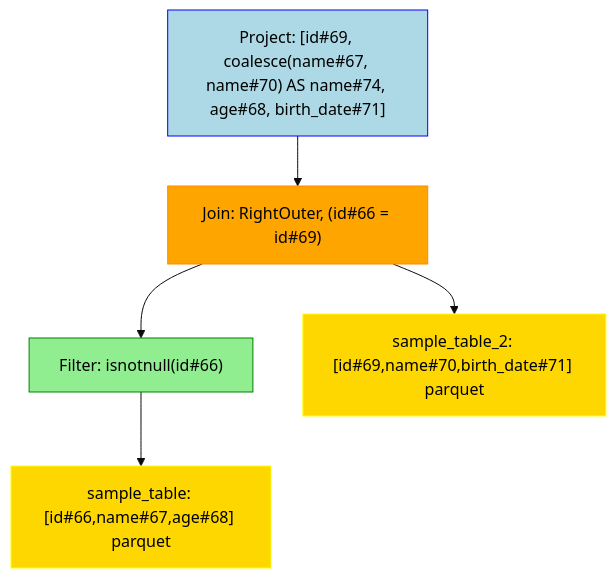
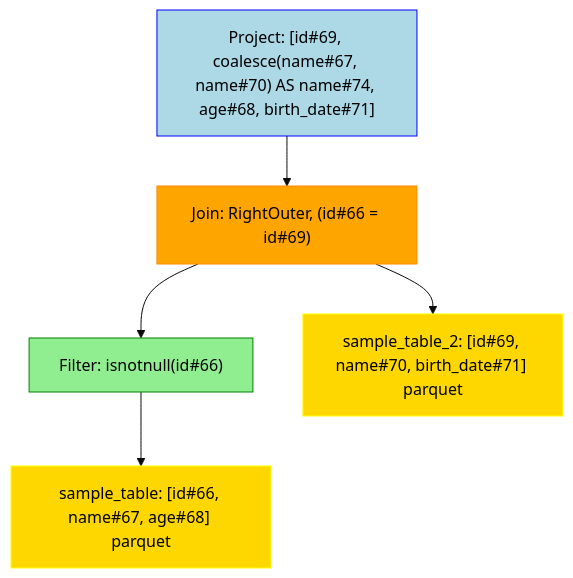
The diagram in data/visualization/join_right.mmd (NielkNetraam/explainalyzed), drawn with Mermaid (base theme) before and after one commit. The commit also changed 24 other files, not shown here.

```diff
--- a/data/visualization/join_right.mmd
+++ b/data/visualization/join_right.mmd
@@ -1,18 +1,18 @@
 flowchart TD
     classDef PROJECT stroke:Blue,fill:LightBlue,color:black
     classDef FILTER stroke:Green,fill:LightGreen,color:black
     classDef UNION stroke:Purple,fill:Violet,color:black
     classDef JOIN stroke:DarkOrange,fill:Orange,color:black
     classDef RELATION stroke:Yellow,fill:Gold,color:black
     classDef AGGREGATE stroke:Brown,fill:Chocolate,color:black
 
     Project#1["Project: [id#69, coalesce(name#67, name#70) AS name#74, age#68, birth_date#71]"]:::PROJECT
     Join#11["Join: RightOuter, (id#66 = id#69)"]:::JOIN
     Filter#111["Filter: isnotnull(id#66)"]:::FILTER
-    Relation#1111["sample_table: [id#66,name#67,age#68] parquet"]:::RELATION
-    Relation#112["sample_table_2: [id#69,name#70,birth_date#71] parquet"]:::RELATION
+    Relation#1111["sample_table: [id#66, name#67, age#68] parquet"]:::RELATION
+    Relation#112["sample_table_2: [id#69, name#70, birth_date#71] parquet"]:::RELATION
 
     Project#1 --> Join#11
         Join#11 --> Filter#111
             Filter#111 --> Relation#1111
         Join#11 --> Relation#112
```
